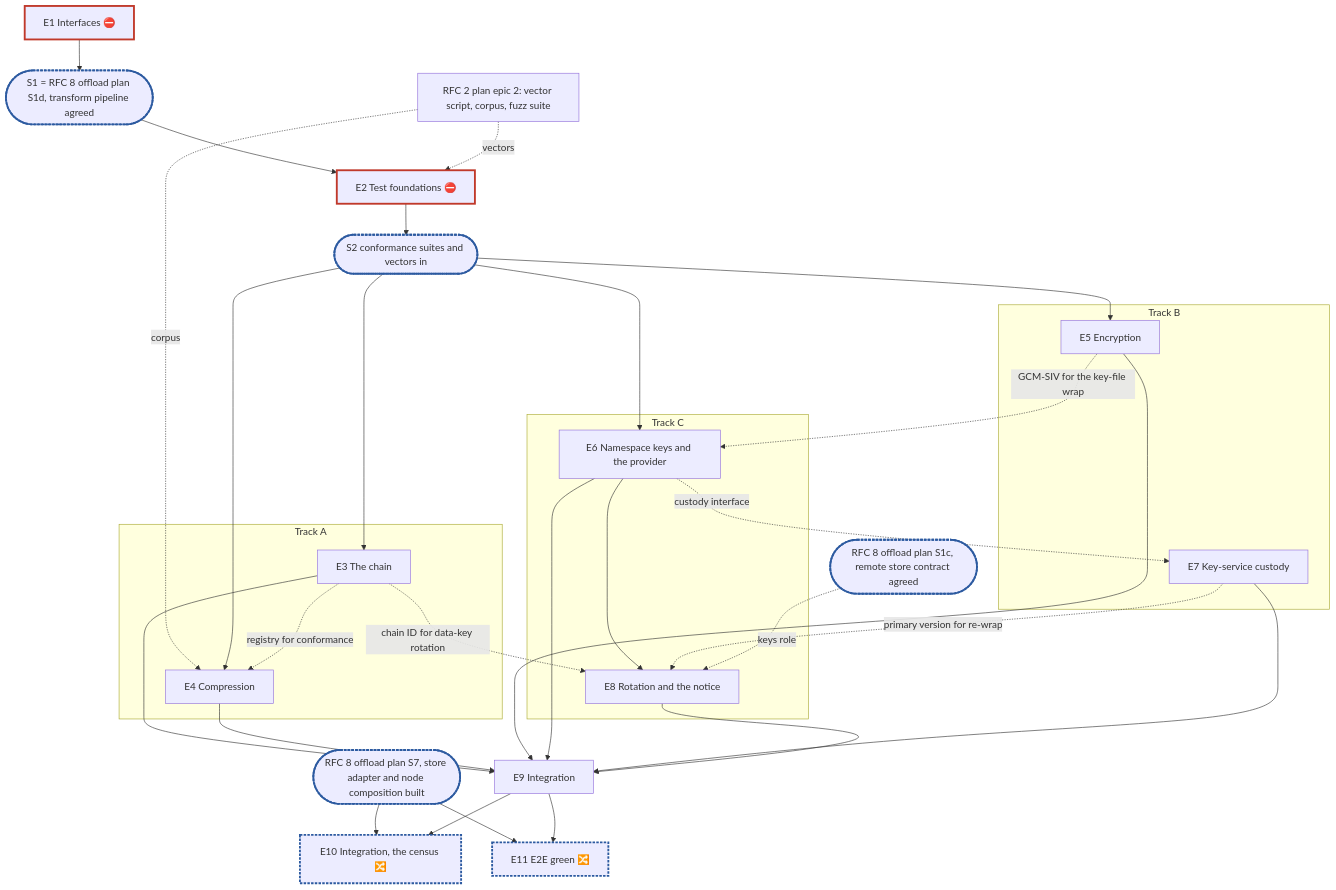
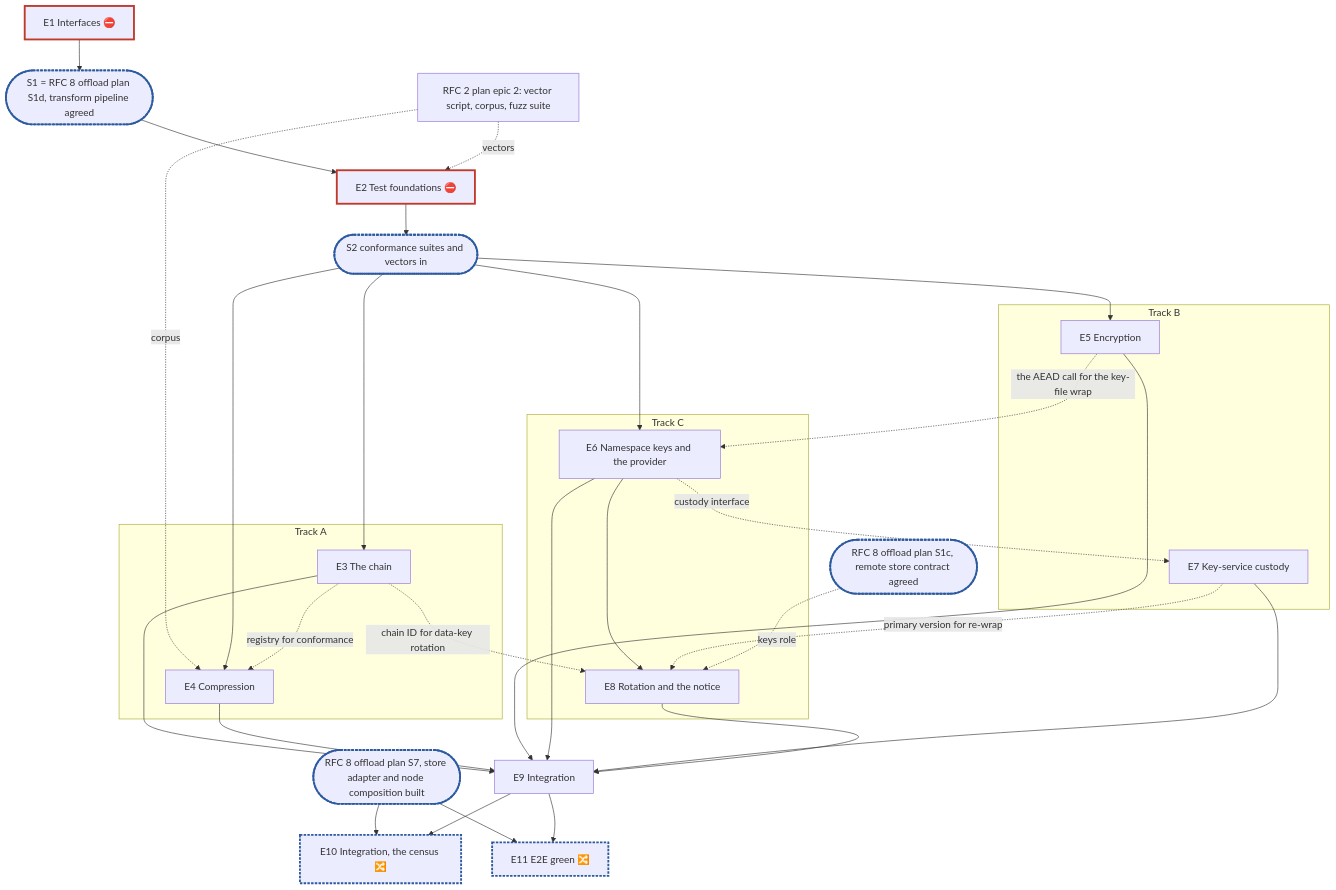
The diagram in .planning/rfc-5-transforms-plan.md (cubbit/dittofs), drawn with Mermaid before and after one commit. The commit also changed other lines of this file, not shown here.

````diff
--- a/.planning/rfc-5-transforms-plan.md
+++ b/.planning/rfc-5-transforms-plan.md
@@ -351,32 +356,32 @@
 ```mermaid
 flowchart TD
   E1["E1 Interfaces ⛔"]:::blocker --> S1(["S1 = RFC 8 offload plan S1d, transform pipeline agreed"]):::sync
   S1 --> E2["E2 Test foundations ⛔"]:::blocker --> S2(["S2 conformance suites and vectors in"]):::sync
   R2["RFC 2 plan epic 2: vector script, corpus, fuzz suite"] -. "vectors" .-> E2
   R2 -. "corpus" .-> E4
   subgraph A["Track A"]
     E3["E3 The chain"]
     E4["E4 Compression"]
   end
   subgraph B["Track B"]
     E5["E5 Encryption"]
     E7["E7 Key-service custody"]
   end
   subgraph C["Track C"]
     E6["E6 Namespace keys and the provider"] --> E8["E8 Rotation and the notice"]
   end
   S2 --> E3 & E4 & E5 & E6
   E3 -. "registry for conformance" .-> E4
   E3 -. "chain ID for data-key rotation" .-> E8
-  E5 -. "GCM-SIV for the key-file wrap" .-> E6
+  E5 -. "the AEAD call for the key-file wrap" .-> E6
   E6 -. "custody interface" .-> E7
   E7 -. "primary version for re-wrap" .-> E8
   S1c(["RFC 8 offload plan S1c, remote store contract agreed"]):::sync -. "keys role" .-> E8
   E3 & E4 & E5 & E6 & E7 & E8 --> E9["E9 Integration"]
   S7(["RFC 8 offload plan S7, store adapter and node composition built"]):::sync --> E10["E10 Integration, the census 🔀"]:::sync
   S7 --> E11["E11 E2E green 🔀"]:::sync
   E9 --> E10
   E9 --> E11
   classDef blocker stroke:#c0392b,stroke-width:3px
   classDef sync stroke:#2c5aa0,stroke-width:3px,stroke-dasharray:4 2
 ```
````
